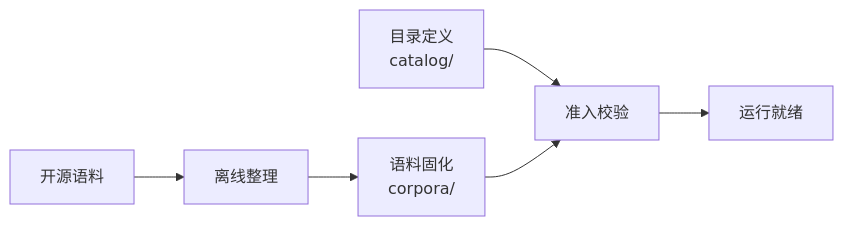
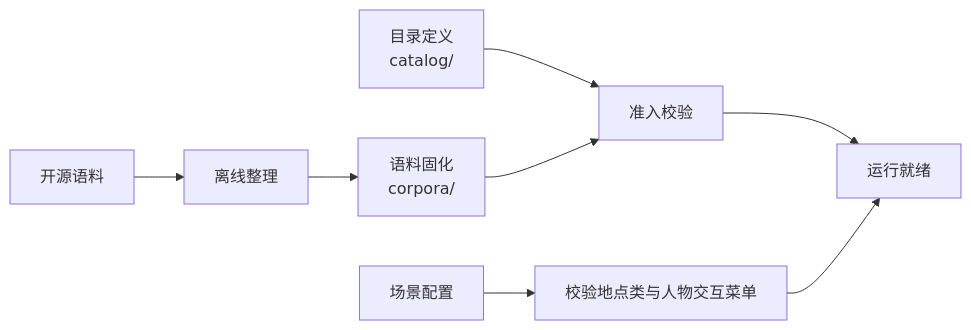
Before and after one commit to HoldThatThgt/WorldMock: the second of 7 diagrams in docs/design/01-architecture.md, drawn with Mermaid. The commit also changed other lines of this file and 45 other files, not shown here.

````diff
--- a/docs/design/01-architecture.md
+++ b/docs/design/01-architecture.md
@@ -151,8 +153,10 @@
 ```mermaid
 flowchart LR
     A[开源语料] --> B[离线整理]
     B --> C[语料固化<br/>corpora/]
     D[目录定义<br/>catalog/] --> E[准入校验]
     C --> E
+    G[场景配置] --> H[校验地点类与人物交互菜单]
     E --> F[运行就绪]
+    H --> F
 ```
````
